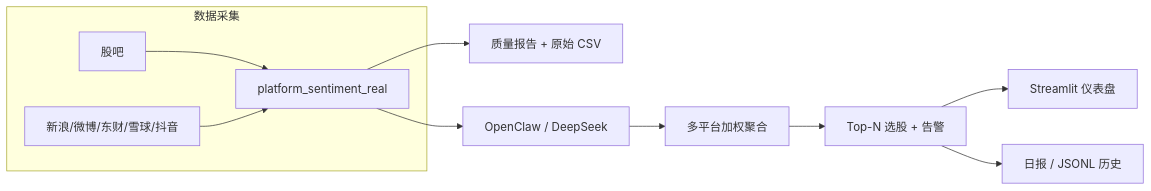
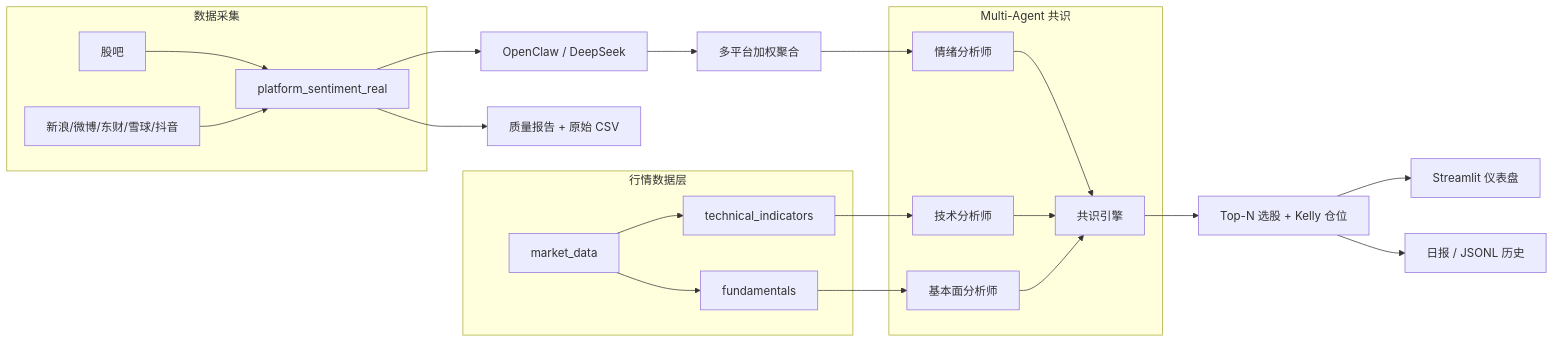
Before and after one commit to yixi1951/OpinionTradingWorkflow: the diagram in README.md, drawn with Mermaid. The commit also changed other lines of this file and 166 other files, not shown here.

````diff
--- a/README.md
+++ b/README.md
@@ -37,13 +66,34 @@
 ```mermaid
 flowchart LR
     subgraph ingest [数据采集]
         P1[股吧] --> R[platform_sentiment_real]
         P2[新浪/微博/东财/雪球/抖音] --> R
     end
     R --> Q[质量报告 + 原始 CSV]
     R --> OC[OpenClaw / DeepSeek]
     OC --> AGG[多平台加权聚合]
-    AGG --> PICK[Top-N 选股 + 告警]
+
+    subgraph market [行情数据层]
+        MD[market_data]
+        TI[technical_indicators]
+        FD[fundamentals]
+    end
+
+    subgraph consensus [Multi-Agent 共识]
+        SENT[情绪分析师]
+        TECH[技术分析师]
+        FUND[基本面分析师]
+        CE[共识引擎]
+        SENT --> CE
+        TECH --> CE
+        FUND --> CE
+    end
+
+    AGG --> SENT
+    MD --> TI --> TECH
+    MD --> FD --> FUND
+
+    CE --> PICK[Top-N 选股 + Kelly 仓位]
     PICK --> UI[Streamlit 仪表盘]
     PICK --> REP[日报 / JSONL 历史]
 ```
````
